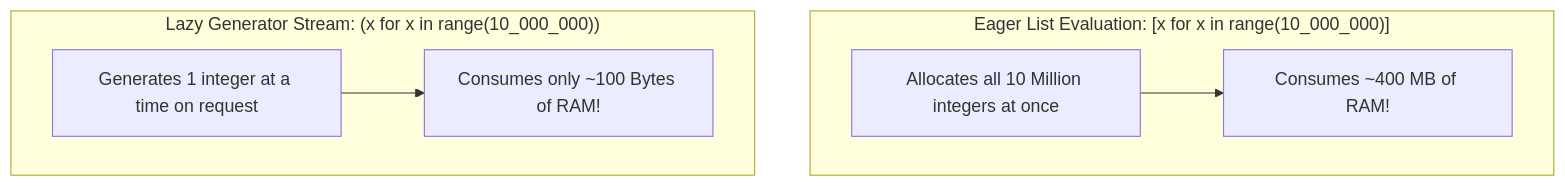
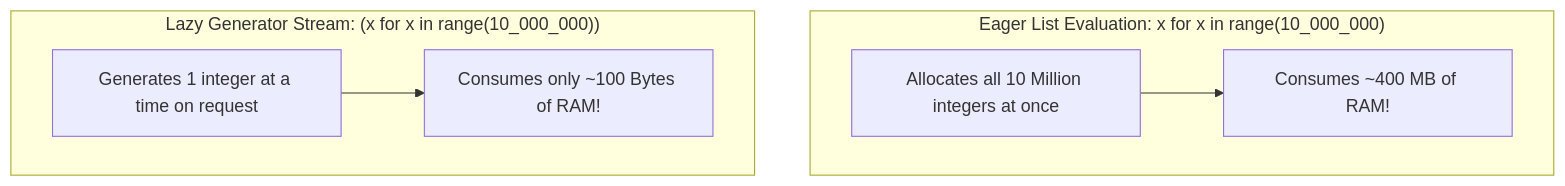
One commit to pushkar100/notes-python changed the tenth of 12 diagrams in 2-python-for-JS-Devs.md. Above: the diagram before and after it, drawn with Mermaid. The commit also changed other lines of this file and 2 other files, not shown here.

````diff
--- a/2-python-for-JS-Devs.md
+++ b/2-python-for-JS-Devs.md
@@ -2464,9 +2464,9 @@
 ```mermaid
 flowchart TD
-    subgraph Eager_List["Eager List Evaluation: [x for x in range(10_000_000)]"]
+    subgraph Eager_List ["Eager List Evaluation: x for x in range(10_000_000)"]
         E1["Allocates all 10 Million integers at once"] --> E2["Consumes ~400 MB of RAM!"]
     end
-    subgraph Lazy_Generator["Lazy Generator Stream: (x for x in range(10_000_000))"]
+    subgraph Lazy_Generator ["Lazy Generator Stream: (x for x in range(10_000_000))"]
         G1["Generates 1 integer at a time on request"] --> G2["Consumes only ~100 Bytes of RAM!"]
     end
 ```
````
